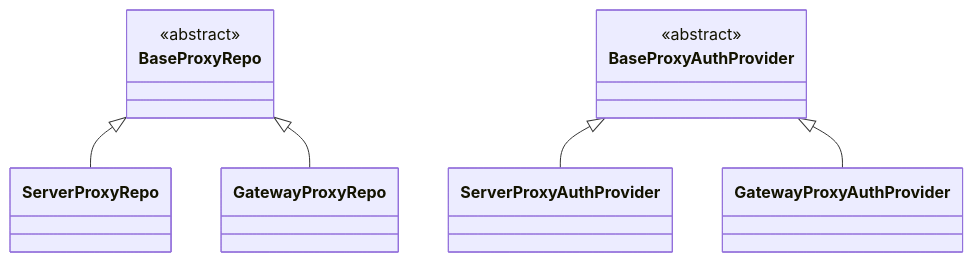
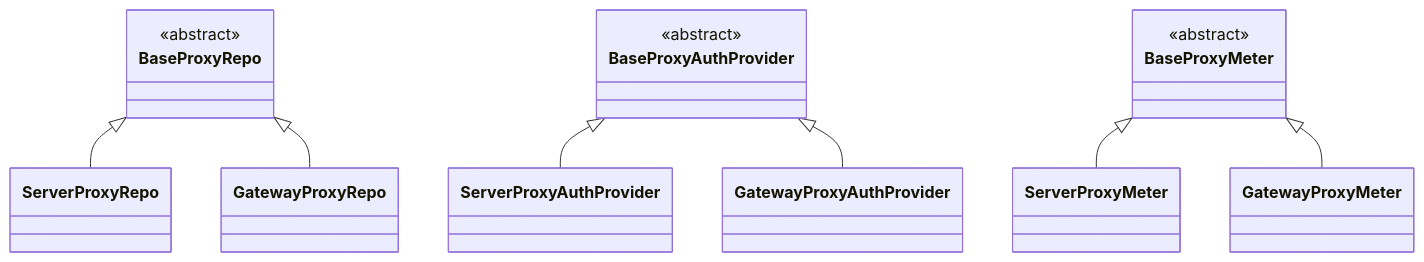
Before and after one commit to dstackai/dstack: the third of 4 diagrams in contributing/PROXY.md, drawn with Mermaid. The commit also changed other lines of this file and 114 other files, not shown here.

````diff
--- a/contributing/PROXY.md
+++ b/contributing/PROXY.md
@@ -90,14 +107,20 @@
 ```mermaid
 classDiagram
     class BaseProxyRepo {
         <<abstract>>
     }
     BaseProxyRepo <|-- ServerProxyRepo
     BaseProxyRepo <|-- GatewayProxyRepo
 
     class BaseProxyAuthProvider {
         <<abstract>>
     }
     BaseProxyAuthProvider <|-- ServerProxyAuthProvider
     BaseProxyAuthProvider <|-- GatewayProxyAuthProvider
+
+    class BaseProxyMeter {
+        <<abstract>>
+    }
+    BaseProxyMeter <|-- ServerProxyMeter
+    BaseProxyMeter <|-- GatewayProxyMeter
 ```
````
